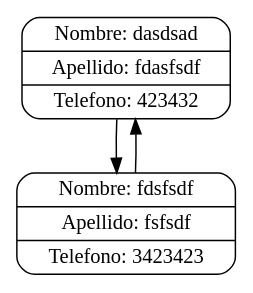
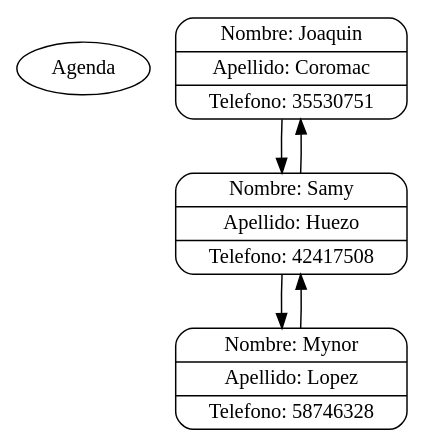
One commit to jeach27/-IPC2-Practica2_201903873 changed the diagram in Agenda.dot. Above: the diagram before and after it, drawn with Graphviz. The commit also changed 3 other files, not shown here.

```diff
--- a/Agenda.dot
+++ b/Agenda.dot
@@ -1,6 +1,10 @@
 digraph G{
-<funciones.Nodo object at 0x000001A5323688E0>[label="{ Nombre: dasdsad | Apellido: fdasfsdf | Telefono: 423432 }",shape=Mrecord]
-<funciones.Nodo object at 0x000001A53239E6A0>[label="{ Nombre: fdsfsdf | Apellido: fsfsdf | Telefono: 3423423 }",shape=Mrecord]
-<funciones.Nodo object at 0x000001A5323688E0>-><funciones.Nodo object at 0x000001A53239E6A0>
-<funciones.Nodo object at 0x000001A53239E6A0>-><funciones.Nodo object at 0x000001A5323688E0>
+Label[label="Agenda"]
+<funciones.Nodo object at 0x0000028E1E5E88E0>[label="{ Nombre: Joaquin | Apellido: Coromac | Telefono: 35530751 }",shape=Mrecord]
+<funciones.Nodo object at 0x0000028E1E61E6A0>[label="{ Nombre: Samy | Apellido: Huezo | Telefono: 42417508 }",shape=Mrecord]
+<funciones.Nodo object at 0x0000028E1E61EBE0>[label="{ Nombre: Mynor | Apellido: Lopez | Telefono: 58746328 }",shape=Mrecord]
+<funciones.Nodo object at 0x0000028E1E5E88E0>-><funciones.Nodo object at 0x0000028E1E61E6A0>
+<funciones.Nodo object at 0x0000028E1E61E6A0>-><funciones.Nodo object at 0x0000028E1E5E88E0>
+<funciones.Nodo object at 0x0000028E1E61E6A0>-><funciones.Nodo object at 0x0000028E1E61EBE0>
+<funciones.Nodo object at 0x0000028E1E61EBE0>-><funciones.Nodo object at 0x0000028E1E61E6A0>
 }
```
